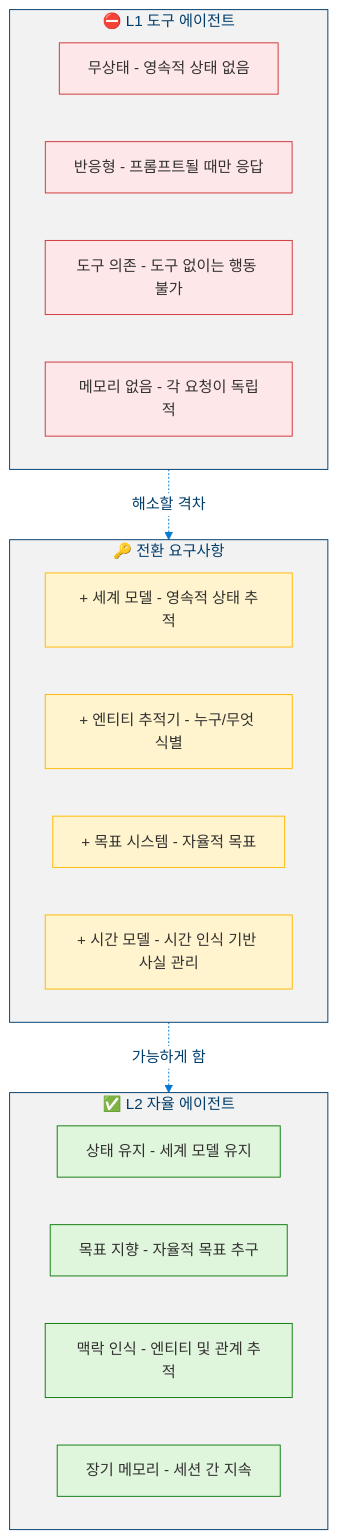
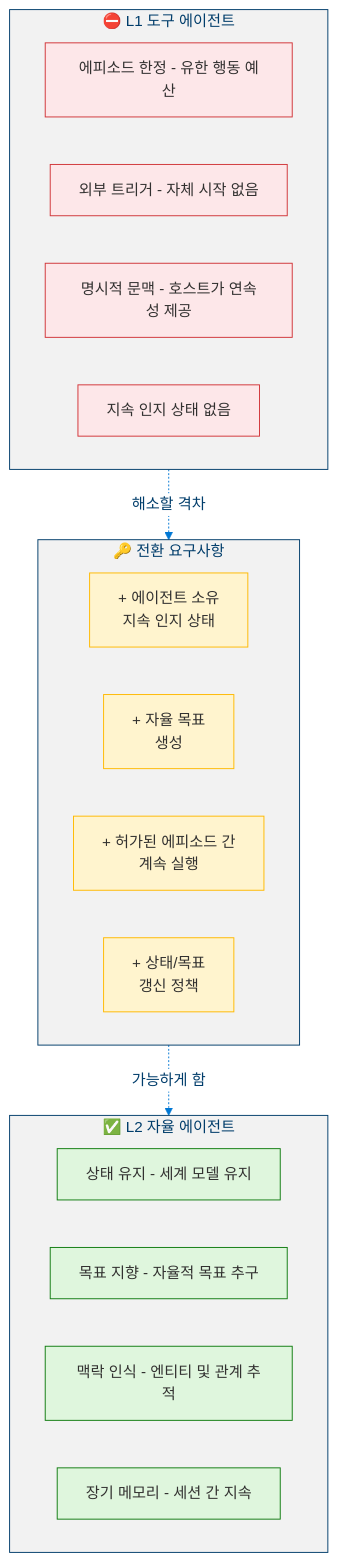
One commit to dotnetpower/mscp changed the sixth of 7 diagrams in docs/levels/Level_1_Tool_Agent.ko.md. Above: the diagram before and after it, drawn with Mermaid. The commit also changed other lines of this file and 21 other files, not shown here.

````diff
--- a/docs/levels/Level_1_Tool_Agent.ko.md
+++ b/docs/levels/Level_1_Tool_Agent.ko.md
@@ -469,34 +529,34 @@
 ```mermaid
 %%{init: {'theme': 'base', 'themeVariables': {'primaryColor': '#0078D4', 'primaryTextColor': '#003D6B', 'primaryBorderColor': '#003D6B', 'secondaryColor': '#50E6FF', 'secondaryTextColor': '#323130', 'secondaryBorderColor': '#00BCF2', 'tertiaryColor': '#F2F2F2', 'tertiaryTextColor': '#323130', 'lineColor': '#0078D4', 'textColor': '#323130', 'mainBkg': '#DEECF9', 'nodeBorder': '#0078D4', 'clusterBkg': '#F2F2F2', 'clusterBorder': '#003D6B', 'titleColor': '#003D6B', 'edgeLabelBackground': '#FFFFFF', 'fontSize': '16px'}}}%%
 flowchart TB
   classDef danger fill:#D13438,stroke:#A4262C,color:#FFF
   classDef dangerLight fill:#FDE7E9,stroke:#D13438,color:#323130
   classDef warning fill:#FFB900,stroke:#CC9400,color:#323130
   classDef warningLight fill:#FFF4CE,stroke:#FFB900,color:#323130
   classDef success fill:#107C10,stroke:#085108,color:#FFF
   classDef successLight fill:#DFF6DD,stroke:#107C10,color:#323130
 
   subgraph L1["⛔ L1 도구 에이전트"]
-    A1["무상태 - 영속적 상태 없음"]:::dangerLight
-    A2["반응형 - 프롬프트될 때만 응답"]:::dangerLight
-    A3["도구 의존 - 도구 없이는 행동 불가"]:::dangerLight
-    A4["메모리 없음 - 각 요청이 독립적"]:::dangerLight
+    A1["에피소드 한정 - 유한 행동 예산"]:::dangerLight
+    A2["외부 트리거 - 자체 시작 없음"]:::dangerLight
+    A3["명시적 문맥 - 호스트가 연속성 제공"]:::dangerLight
+    A4["지속 인지 상태 없음"]:::dangerLight
   end
 
   subgraph Gap["🔑 전환 요구사항"]
-    G1["+ 세계 모델 - 영속적 상태 추적"]:::warningLight
-    G2["+ 엔티티 추적기 - 누구/무엇 식별"]:::warningLight
-    G3["+ 목표 시스템 - 자율적 목표"]:::warningLight
-    G4["+ 시간 모델 - 시간 인식 기반 사실 관리"]:::warningLight
+    G1["+ 에이전트 소유<br/>지속 인지 상태"]:::warningLight
+    G2["+ 자율 목표<br/>생성"]:::warningLight
+    G3["+ 허가된 에피소드 간<br/>계속 실행"]:::warningLight
+    G4["+ 상태/목표<br/>갱신 정책"]:::warningLight
   end
 
   subgraph L2["✅ L2 자율 에이전트"]
     B1["상태 유지 - 세계 모델 유지"]:::successLight
     B2["목표 지향 - 자율적 목표 추구"]:::successLight
     B3["맥락 인식 - 엔티티 및 관계 추적"]:::successLight
     B4["장기 메모리 - 세션 간 지속"]:::successLight
   end
 
   L1 -.->|"해소할 격차"| Gap
   Gap -.->|"가능하게 함"| L2
 ```
````
